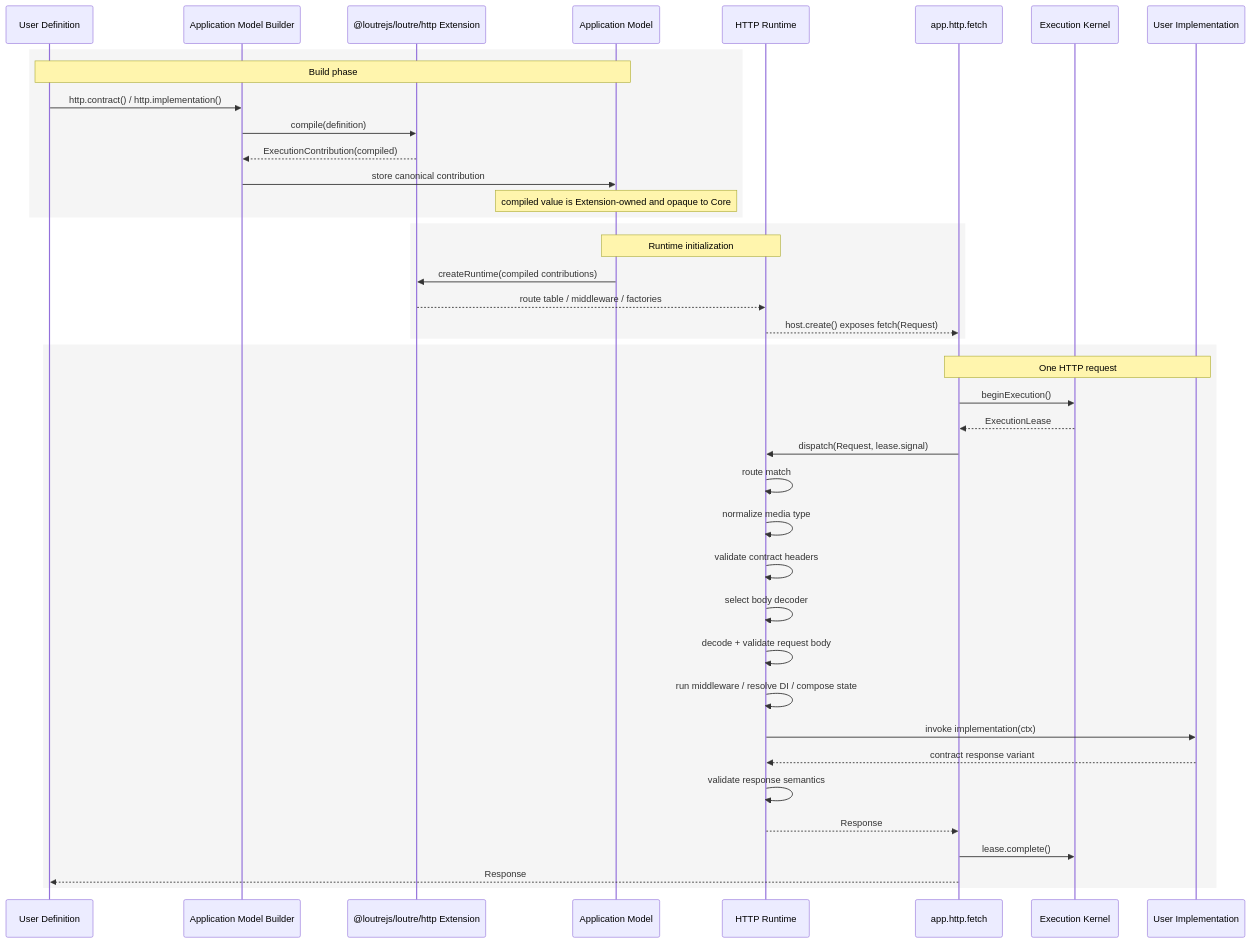
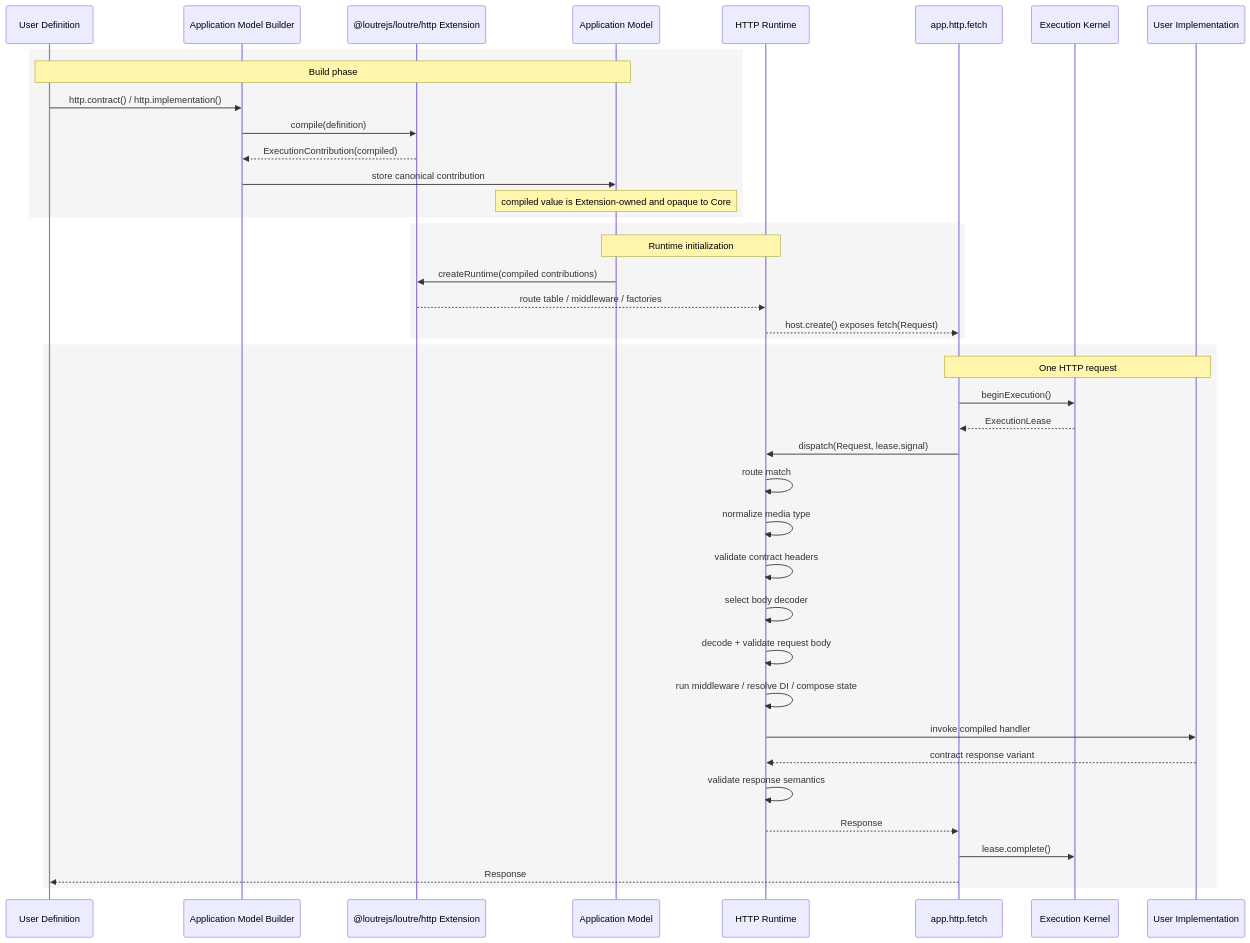
The diagram in docs/adr/loutre_application_graph_kernel_architecture.md (come25136/loutrejs), drawn with Mermaid before and after one commit. The commit also changed other lines of this file and 134 other files, not shown here.

Commit message:
refactor(core): remove legacy application architecture

````diff
--- a/docs/adr/loutre_application_graph_kernel_architecture.md
+++ b/docs/adr/loutre_application_graph_kernel_architecture.md
@@ -249,46 +249,46 @@
 ```mermaid
 sequenceDiagram
     participant User as User Definition
     participant Builder as Application Model Builder
     participant HttpExt as @loutrejs/loutre/http Extension
     participant Model as Application Model
     participant HttpRuntime as HTTP Runtime
     participant Host as app.http.fetch
     participant Kernel as Execution Kernel
     participant Impl as User Implementation
 
     rect rgb(245, 245, 245)
         Note over User,Model: Build phase
         User->>Builder: http.contract() / http.implementation()
         Builder->>HttpExt: compile(definition)
         HttpExt-->>Builder: ExecutionContribution(compiled)
         Builder->>Model: store canonical contribution
         Note over Model: compiled value is Extension-owned and opaque to Core
     end
 
     rect rgb(245, 245, 245)
         Note over Model,HttpRuntime: Runtime initialization
         Model->>HttpExt: createRuntime(compiled contributions)
         HttpExt-->>HttpRuntime: route table / middleware / factories
         HttpRuntime-->>Host: host.create() exposes fetch(Request)
     end
 
     rect rgb(245, 245, 245)
         Note over Host,Impl: One HTTP request
         Host->>Kernel: beginExecution()
         Kernel-->>Host: ExecutionLease
         Host->>HttpRuntime: dispatch(Request, lease.signal)
         HttpRuntime->>HttpRuntime: route match
         HttpRuntime->>HttpRuntime: normalize media type
         HttpRuntime->>HttpRuntime: validate contract headers
         HttpRuntime->>HttpRuntime: select body decoder
         HttpRuntime->>HttpRuntime: decode + validate request body
         HttpRuntime->>HttpRuntime: run middleware / resolve DI / compose state
-        HttpRuntime->>Impl: invoke implementation(ctx)
+        HttpRuntime->>Impl: invoke compiled handler
         Impl-->>HttpRuntime: contract response variant
         HttpRuntime->>HttpRuntime: validate response semantics
         HttpRuntime-->>Host: Response
         Host->>Kernel: lease.complete()
         Host-->>User: Response
     end
 ```
````
